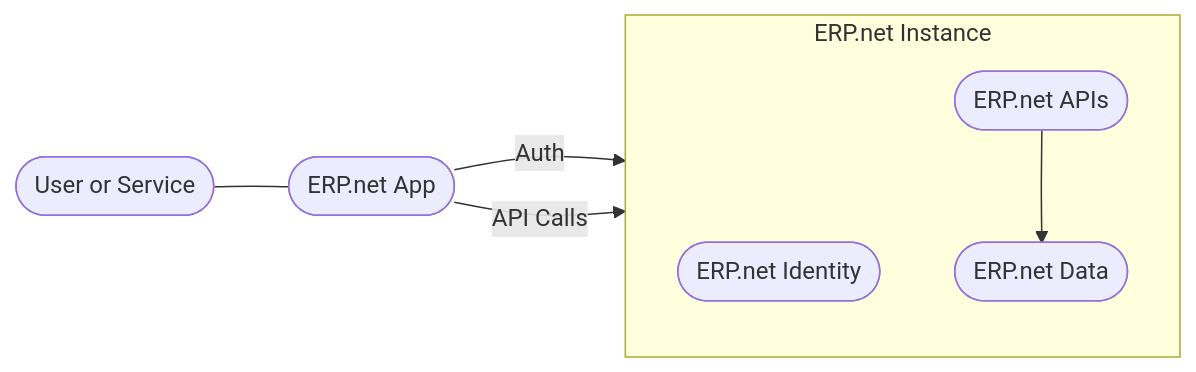
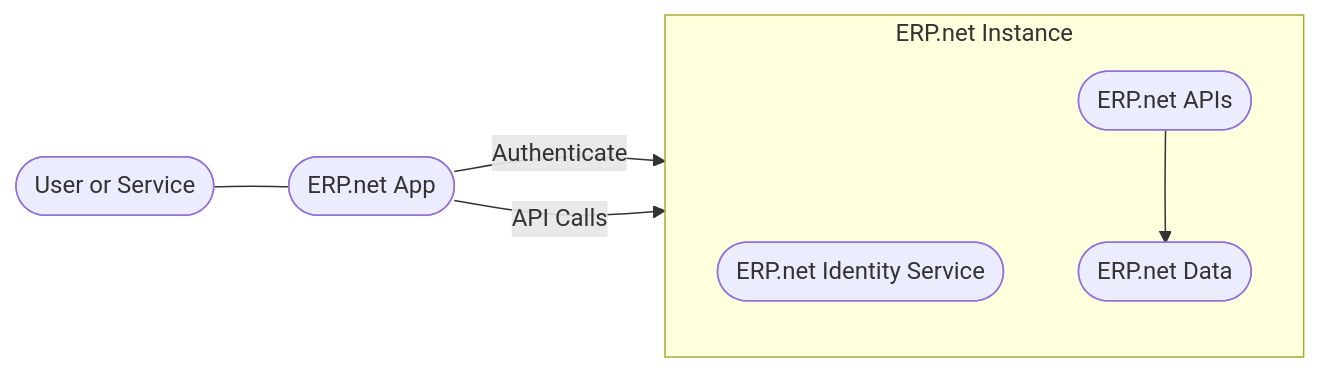
Before and after one commit to ErpNetDocs/dev: the diagram in building-apps/overview.md, drawn with Mermaid. The commit also changed other lines of this file and 63 other files, not shown here.

````diff
--- a/building-apps/overview.md
+++ b/building-apps/overview.md
@@ -71,15 +51,15 @@
 ```mermaid
 flowchart LR
   user([User or Service]) --- app([ERP.net App])
 
   subgraph "ERP.net Instance"
     direction TB
-    idp([ERP.net Identity])
+    idp([ERP.net Identity Service])
     api([ERP.net APIs])
     data([ERP.net Data])
     api --> data
   end
 
-  app -->|Auth| idp
+  app -->|Authenticate| idp
   app -->|API Calls| api
 ```
````
